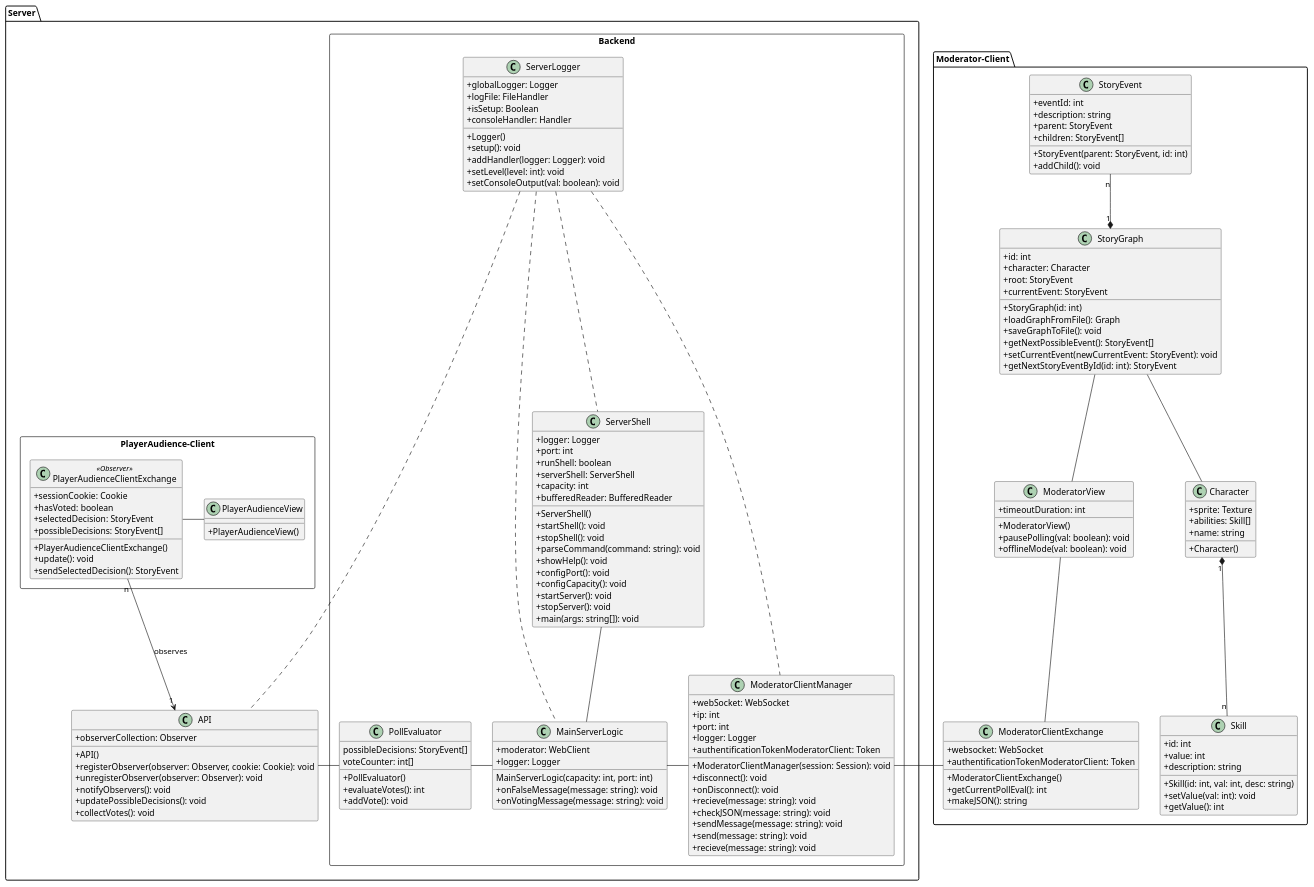
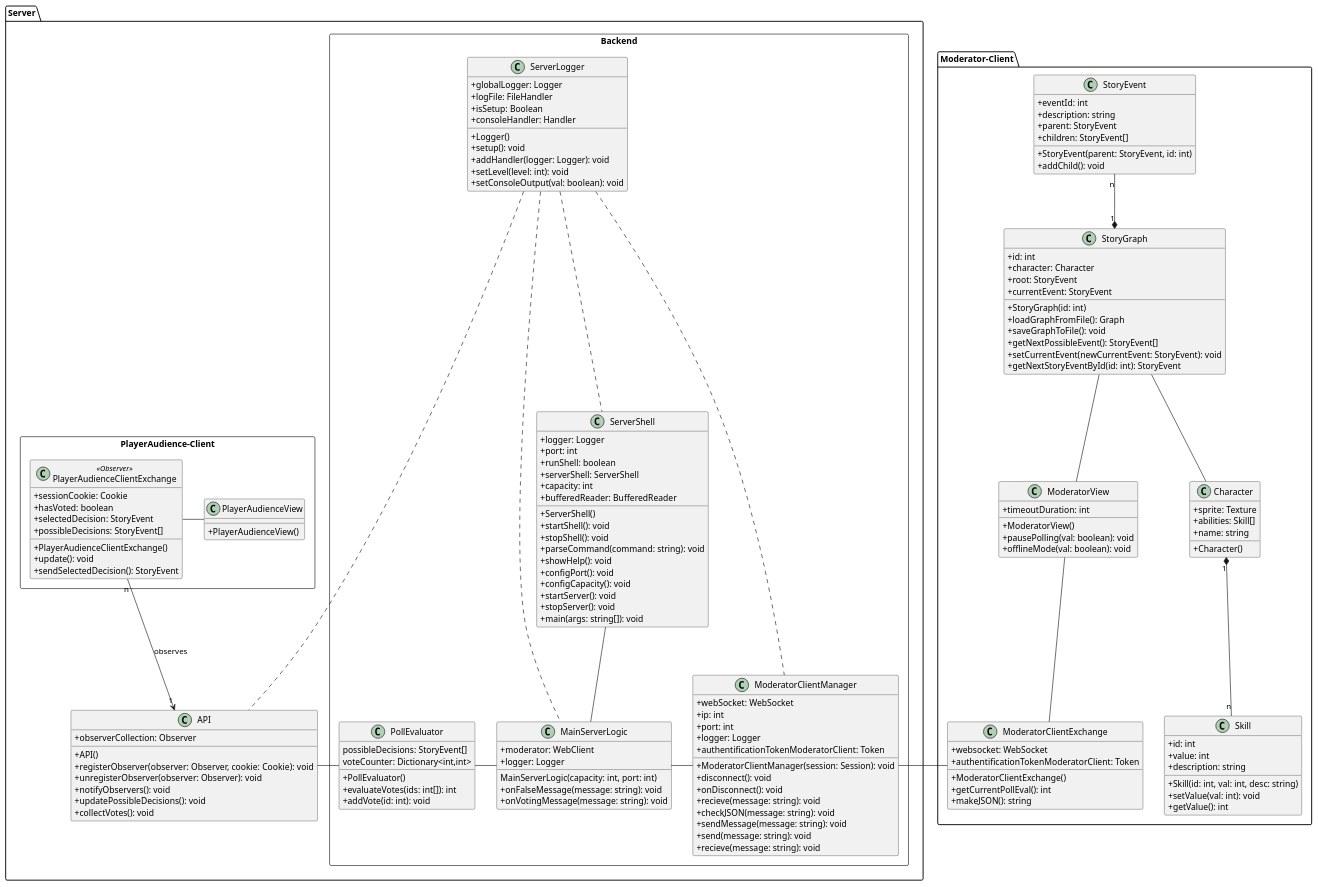
One commit to Brotenko/QualityQuest changed the diagram in Docs/Technical Specifications/docs/diagrams/ClassDiagrams/ClassDiagram.puml. Above: the diagram before and after it, drawn with PlantUML.

Commit message:
changed some polleval attributes

```diff
--- a/Docs/Technical Specifications/docs/diagrams/ClassDiagrams/ClassDiagram.puml
+++ b/Docs/Technical Specifications/docs/diagrams/ClassDiagrams/ClassDiagram.puml
@@ -1,172 +1,172 @@
 @startuml
 
 skinparam classAttributeIconSize 0
 
 package "Moderator-Client" {
 
   class StoryEvent {
     {field} +eventId: int
     {field} +description: string
     {field} +parent: StoryEvent
     {field} +children: StoryEvent[]
     {method} +StoryEvent(parent: StoryEvent, id: int)
     {method} +addChild(): void
   }
 
   class StoryGraph {
     {field} +id: int
     {field} +character: Character
     {field} +root: StoryEvent
     {field} +currentEvent: StoryEvent
     {method} +StoryGraph(id: int)
     {method} +loadGraphFromFile(): Graph
     {method} +saveGraphToFile(): void
     {method} +getNextPossibleEvent(): StoryEvent[]
     {method} +setCurrentEvent(newCurrentEvent: StoryEvent): void
     {method} +getNextStoryEventById(id: int): StoryEvent
   }
 
   class "ModeratorView" as mf {
     {field} +timeoutDuration: int
     {method} +ModeratorView()
     {method} +pausePolling(val: boolean): void
     {method} +offlineMode(val: boolean): void
   }
 
   class "ModeratorClientExchange" as mcei{
     {field} +websocket: WebSocket
     {field} +authentificationTokenModeratorClient: Token
     {method} +ModeratorClientExchange()
     {method} +getCurrentPollEval(): int
     {method} +makeJSON(): string
   }
 
   class Skill {
     {field} +id: int
     {field} +value: int
     {field} +description: string
     {method} + Skill(id: int, val: int, desc: string)
     {method} + setValue(val: int): void
     {method} + getValue(): int
   }
 
   class Character {
     {field} +sprite: Texture
     {field} +abilities: Skill[]
     {field} +name: string
     {method} +Character()
   }
   
   StoryEvent "n" --* "1" StoryGraph
   StoryGraph -- mf
   StoryGraph -- Character
   Character "1" *-- "n" Skill
   mf -- mcei
 }
 
 package "Server" {
    class "API" as api {
         {field} +observerCollection: Observer
         {method} +API()
         {method} +registerObserver(observer: Observer, cookie: Cookie): void
         {method} +unregisterObserver(observer: Observer): void
         {method} +notifyObservers(): void
         {method} +updatePossibleDecisions(): void
         {method} +collectVotes(): void
   }
 
   package "Backend" <<Rectangle>>{
     class "ServerShell" as ss {
       {field} +logger: Logger
       {field} +port: int
       {field} +runShell: boolean
       {field} +serverShell: ServerShell
       {field} +capacity: int
       {field} +bufferedReader: BufferedReader
       {method} +ServerShell()
       {method} +startShell(): void
       {method} +stopShell(): void
       {method} +parseCommand(command: string): void
       {method} +showHelp(): void
       {method} +configPort(): void
       {method} +configCapacity(): void
       {method} +startServer(): void
       {method} +stopServer(): void
       {method} +main(args: string[]): void
     }
 
     class "ModeratorClientManager" as cm {
       {field} +webSocket: WebSocket
       {field} +ip: int
       {field} +port: int
       {field} +logger: Logger
       {field} +authentificationTokenModeratorClient: Token
       {method} +ModeratorClientManager(session: Session): void
       {method} +disconnect(): void
       {method} +onDisconnect(): void
       {method} +recieve(message: string): void
       {method} +checkJSON(message: string): void
       {method} +sendMessage(message: string): void
       {method} +send(message: string): void
       {method} +recieve(message: string): void
     }    
 
     class "MainServerLogic" as msl {
       {field} +moderator: WebClient
       {field} +logger: Logger
       {method} MainServerLogic(capacity: int, port: int)
       {method} +onFalseMessage(message: string): void
       {method} +onVotingMessage(message: string): void
 
     }
 
     class "PollEvaluator" as pe {
     {field} possibleDecisions: StoryEvent[]
-    {field} voteCounter: int[]
+    {field} voteCounter: Dictionary<int,int>
     {method} +PollEvaluator()
-    {method} +evaluateVotes(): int
-    {method} +addVote(): void
+    {method} +evaluateVotes(ids: int[]): int
+    {method} +addVote(id: int): void
   }
 
     class "ServerLogger" as sl {
       {field} +globalLogger: Logger
       {field} +logFile: FileHandler
       {field} +isSetup: Boolean
       {field} +consoleHandler: Handler
       {method} +Logger()
       {method} +setup(): void
       {method} +addHandler(logger: Logger): void
       {method} +setLevel(level: int): void
       {method} +setConsoleOutput(val: boolean): void
     }
   }
   package "PlayerAudience-Client" <<Rectangle>>{  
     class "PlayerAudienceClientExchange" as pace <<Observer>>{
       {field} +sessionCookie: Cookie
       {field} +hasVoted: boolean
       {field} +selectedDecision: StoryEvent
       {field} +possibleDecisions: StoryEvent[]
       {method} +PlayerAudienceClientExchange()
       {method} +update(): void
       {method} +sendSelectedDecision(): StoryEvent 
     }
 
     class "PlayerAudienceView" as pav {
       {method} +PlayerAudienceView()
     }
   }
   ss -- msl
   msl - cm
   msl -left- pe
   pe -left- api
   sl ... cm
   sl ... msl
   sl ... api
   sl ... ss
   pace - pav
   api "1" <-up- "n" pace : observes
 }
 
 mcei -right- cm
 
 @enduml
```
